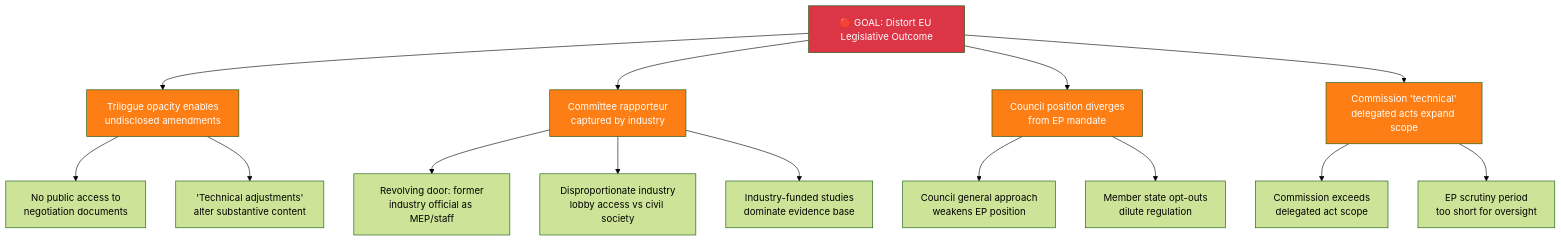
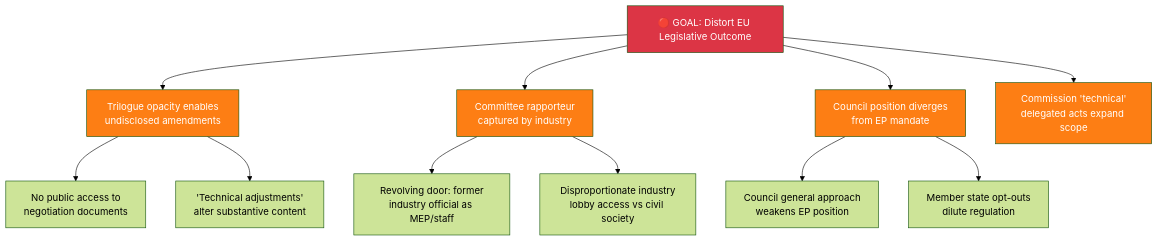
One commit to Hack23/euparliamentmonitor changed the fourth of 7 diagrams in analysis/methodologies/political-threat-framework.md. Above: the diagram before and after it, drawn with Mermaid (forest theme). The commit also changed other lines of this file and 3 other files, not shown here.

````diff
--- a/analysis/methodologies/political-threat-framework.md
+++ b/analysis/methodologies/political-threat-framework.md
@@ -200,28 +232,24 @@
 ```mermaid
 graph TD
     Root2["🔴 GOAL: Distort EU Legislative Outcome"]
 
     Root2 --> E["Trilogue opacity enables<br/>undisclosed amendments"]
     Root2 --> F["Committee rapporteur<br/>captured by industry"]
     Root2 --> G["Council position diverges<br/>from EP mandate"]
     Root2 --> H["Commission 'technical'<br/>delegated acts expand scope"]
 
     E --> E1["No public access to<br/>negotiation documents"]
     E --> E2["'Technical adjustments'<br/>alter substantive content"]
 
     F --> F1["Revolving door: former<br/>industry official as MEP/staff"]
     F --> F2["Disproportionate industry<br/>lobby access vs civil society"]
-    F --> F3["Industry-funded studies<br/>dominate evidence base"]
 
     G --> G1["Council general approach<br/>weakens EP position"]
     G --> G2["Member state opt-outs<br/>dilute regulation"]
-
-    H --> H1["Commission exceeds<br/>delegated act scope"]
-    H --> H2["EP scrutiny period<br/>too short for oversight"]
 
     style Root2 fill:#dc3545,color:#fff
     style E fill:#fd7e14,color:#fff
     style F fill:#fd7e14,color:#fff
     style G fill:#fd7e14,color:#fff
     style H fill:#fd7e14,color:#fff
 ```
````
